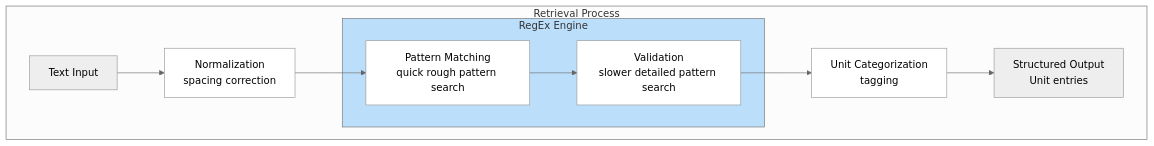
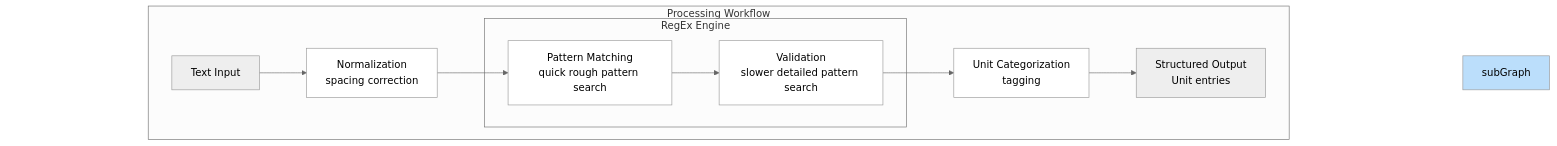
One commit to seanox/seanox-ai-nlp changed the diagram in seanox_ai_nlp/units/README.md. Above: the diagram before and after it, drawn with Mermaid.

Commit message:
#0000 Documentation: Update of content

````diff
--- a/seanox_ai_nlp/units/README.md
+++ b/seanox_ai_nlp/units/README.md
@@ -705,28 +705,37 @@
 ```mermaid
 ---
 config:
   theme: neutral
 ---
 flowchart TD
-    subgraph subGraph2["Retrieval Process"]
+    subgraph subGraphRight[" "]
+        R["&nbsp;&nbsp;&nbsp;&nbsp;&nbsp;&nbsp;&nbsp;&nbsp;"]
+    end
+    subgraph subGraphWorkflow["Processing Workflow"]
         A["Text Input"]
         B["Normalization<br/>spacing correction"]
-        subgraph subGraph["RegEx Engine"]
+        subgraph subGraphRegExEngine["RegEx Engine"]
             C["Pattern Matching<br/>quick rough pattern search"]
             D["Validation<br/>slower detailed pattern search"]
         end
-
         E["Unit Categorization<br/>tagging"]
         F["Structured Output<br>Unit entries"]
+    end
+    subgraph subGraphLeft[" "]
+        L["&nbsp;&nbsp;&nbsp;&nbsp;&nbsp;&nbsp;&nbsp;&nbsp;"]
     end
     A --> B
     B --> C
     C --> D
     D --> E
     E --> F
     style subGraph fill:#BBDEFB  
     style B fill:#FFFFFF
     style C fill:#FFFFFF
     style D fill:#FFFFFF
     style E fill:#FFFFFF
+    style subGraphLeft fill:#FFFFFF,stroke:#FFFFFF,stroke-width:0px
+    style L fill:#FFFFFF,stroke:#FFFFFF,stroke-width:0px
+    style subGraphRight fill:#FFFFFF,stroke:#FFFFFF,stroke-width:0px
+    style R fill:#FFFFFF,stroke:#FFFFFF,stroke-width:0px
 ```
````
